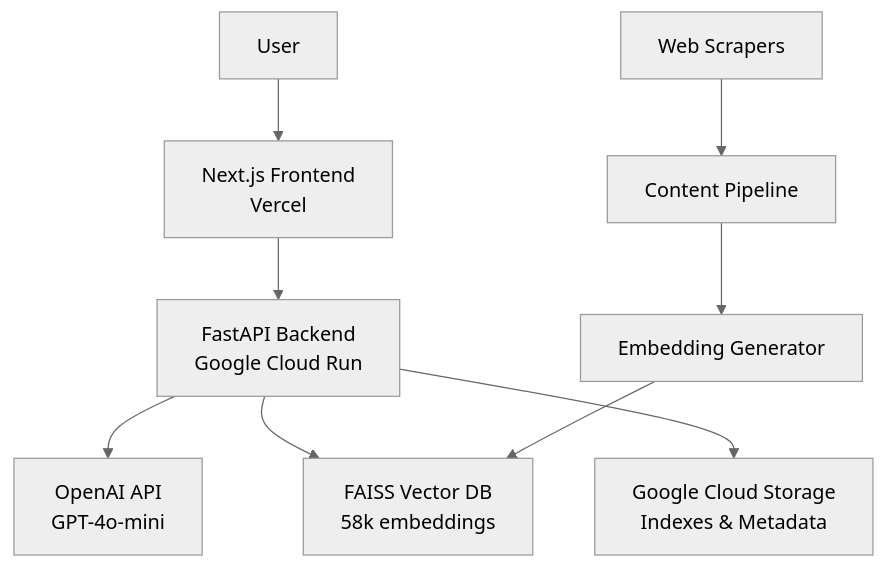
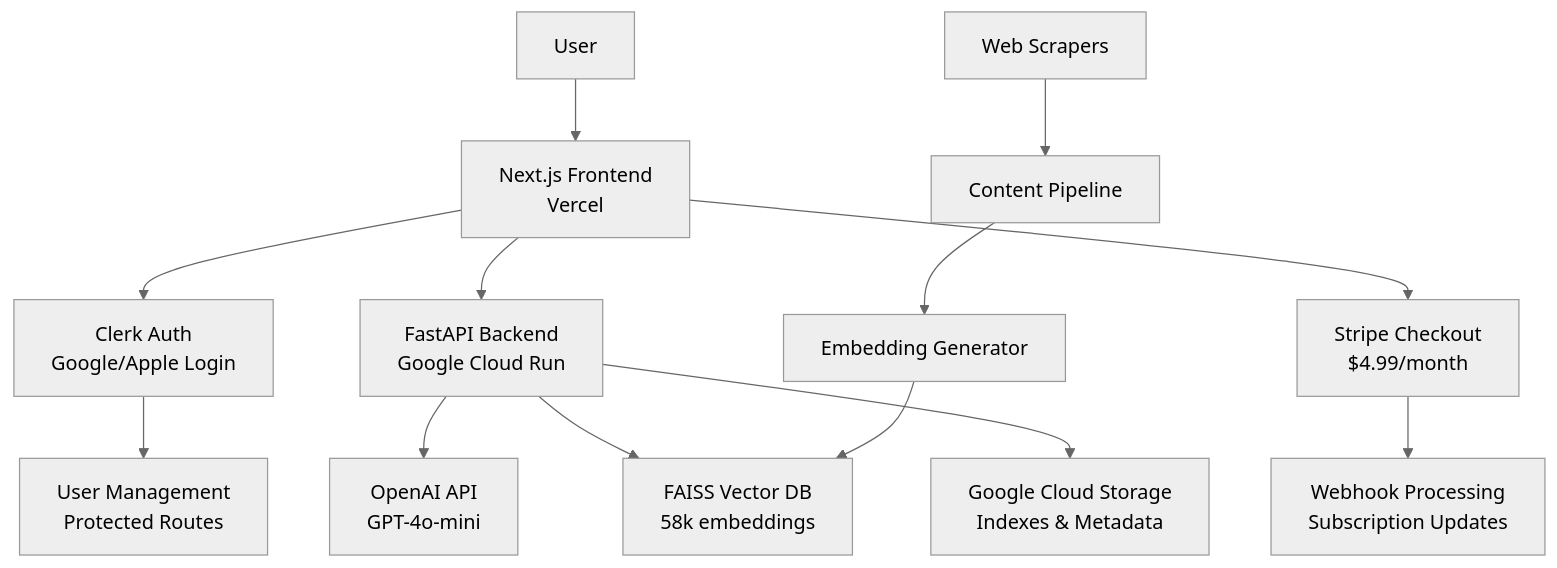
The third of 3 diagrams in README.md (derickjones/solo_founder), drawn with Mermaid (neutral theme) before and after one commit. The commit also changed other lines of this file and 3 other files, not shown here.

First line of the commit message:
fix: Handle missing Stripe API keys during deployment

````diff
--- a/README.md
+++ b/README.md
@@ -53,12 +99,16 @@
 ```mermaid
 graph TB
     A[User] --> B[Next.js Frontend<br/>Vercel]
-    B --> C[FastAPI Backend<br/>Google Cloud Run]
-    C --> D[OpenAI API<br/>GPT-4o-mini]
-    C --> E[FAISS Vector DB<br/>58k embeddings]
-    C --> F[Google Cloud Storage<br/>Indexes & Metadata]
+    B --> C[Clerk Auth<br/>Google/Apple Login]
+    B --> D[FastAPI Backend<br/>Google Cloud Run]
+    B --> E[Stripe Checkout<br/>$4.99/month]
+    D --> F[OpenAI API<br/>GPT-4o-mini]
+    D --> G[FAISS Vector DB<br/>58k embeddings]
+    D --> H[Google Cloud Storage<br/>Indexes & Metadata]
+    C --> I[User Management<br/>Protected Routes]
+    E --> J[Webhook Processing<br/>Subscription Updates]
     
-    G[Web Scrapers] --> H[Content Pipeline]
-    H --> I[Embedding Generator]
-    I --> E
+    K[Web Scrapers] --> L[Content Pipeline]
+    L --> M[Embedding Generator]
+    M --> G
 ```
````
